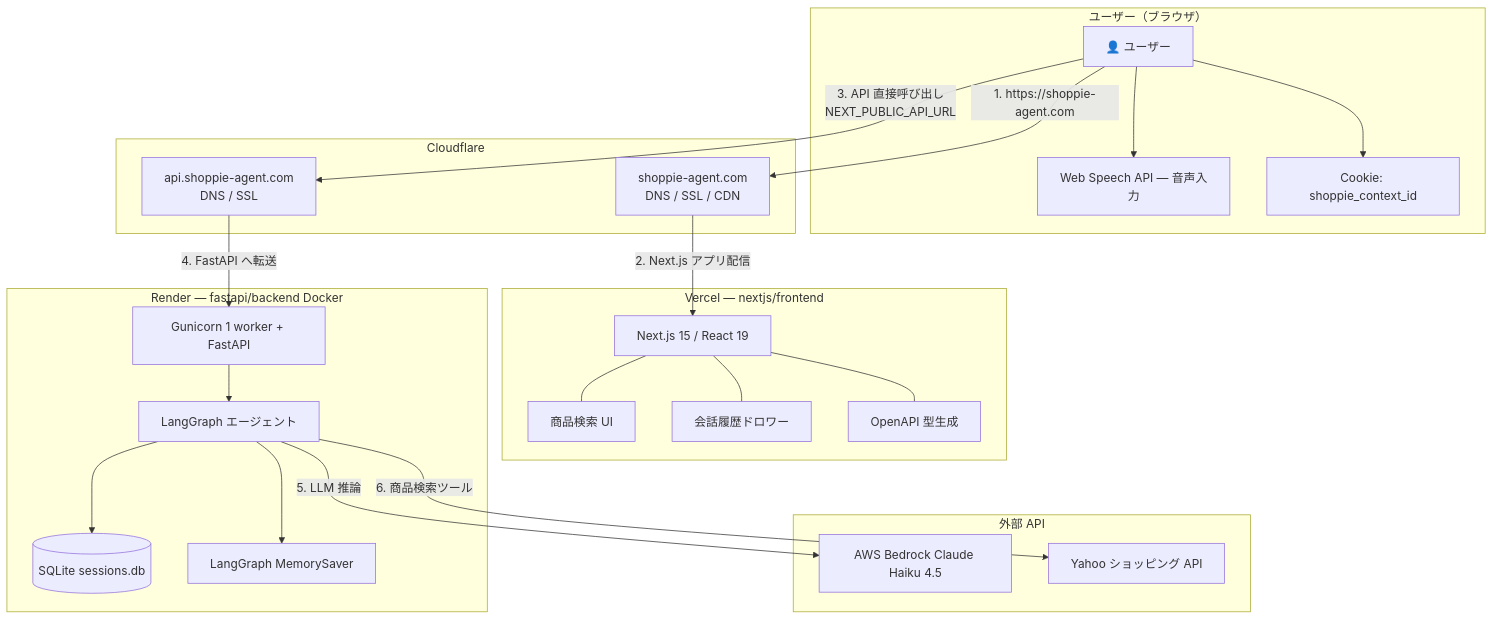
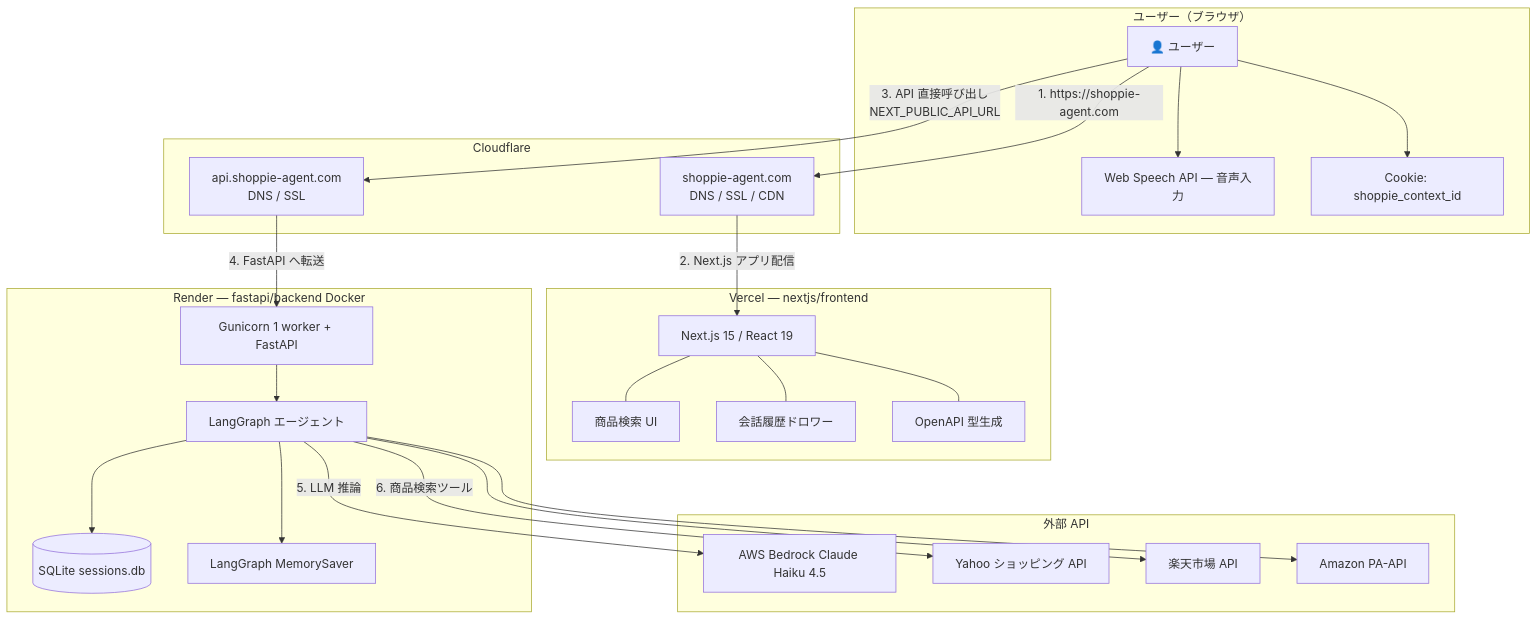
One commit to koichi2426/Shoppie changed the first of 2 diagrams in README.md. Above: the diagram before and after it, drawn with Mermaid. The commit also changed other lines of this file and 5 other files, not shown here.

````diff
--- a/README.md
+++ b/README.md
@@ -58,50 +58,54 @@
 ```mermaid
 graph TD
     subgraph Browser["ユーザー（ブラウザ）"]
         A[👤 ユーザー]
         A1[Web Speech API — 音声入力]
         A2[Cookie: shoppie_context_id]
     end
 
     subgraph CF["Cloudflare"]
         B1[shoppie-agent.com<br/>DNS / SSL / CDN]
         B2[api.shoppie-agent.com<br/>DNS / SSL]
     end
 
     subgraph Vercel["Vercel — nextjs/frontend"]
         C["Next.js 15 / React 19"]
         C1["商品検索 UI"]
         C2["会話履歴ドロワー"]
         C3["OpenAPI 型生成"]
     end
 
     subgraph Render["Render — fastapi/backend Docker"]
         D["Gunicorn 1 worker + FastAPI"]
         E["LangGraph エージェント"]
         F[("SQLite sessions.db")]
         G["LangGraph MemorySaver"]
     end
 
     subgraph External["外部 API"]
         H["AWS Bedrock Claude Haiku 4.5"]
         I["Yahoo ショッピング API"]
+        J["楽天市場 API"]
+        K["Amazon PA-API"]
     end
 
     A --> A1
     A --> A2
 
     A -- "1. https://shoppie-agent.com" --> B1
     B1 -- "2. Next.js アプリ配信" --> C
     C --- C1
     C --- C2
     C --- C3
 
     A -- "3. API 直接呼び出し<br/>NEXT_PUBLIC_API_URL" --> B2
     B2 -- "4. FastAPI へ転送" --> D
 
     D --> E
     E --> F
     E --> G
     E -- "5. LLM 推論" --> H
     E -- "6. 商品検索ツール" --> I
+    E --> J
+    E --> K
 ```
````
